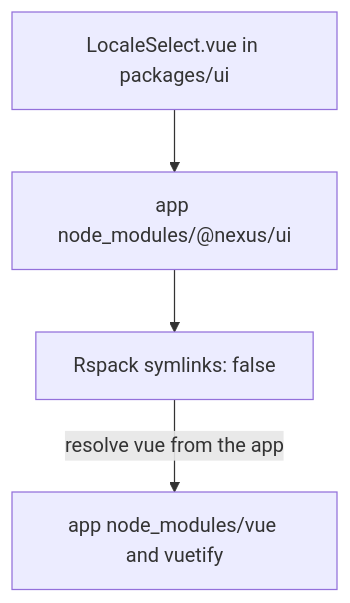
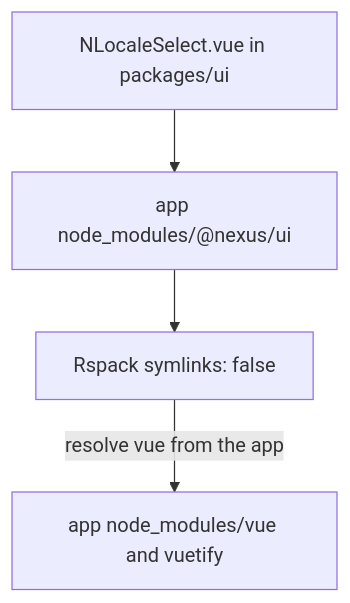
The third of 7 diagrams in PNPM.md (kasgarally/ik-nexus), drawn with Mermaid before and after one commit. The commit also changed other lines of this file and 27 other files, not shown here.

````diff
--- a/PNPM.md
+++ b/PNPM.md
@@ -172,10 +172,10 @@
 ```mermaid
 flowchart TB
-  localeSelect["LocaleSelect.vue in packages/ui"]
+  localeSelect["NLocaleSelect.vue in packages/ui"]
   junction["app node_modules/@nexus/ui"]
   appVue["app node_modules/vue and vuetify"]
   rspack["Rspack symlinks: false"]
   localeSelect --> junction
   junction --> rspack
   rspack -->|"resolve vue from the app"| appVue
 ```
````
